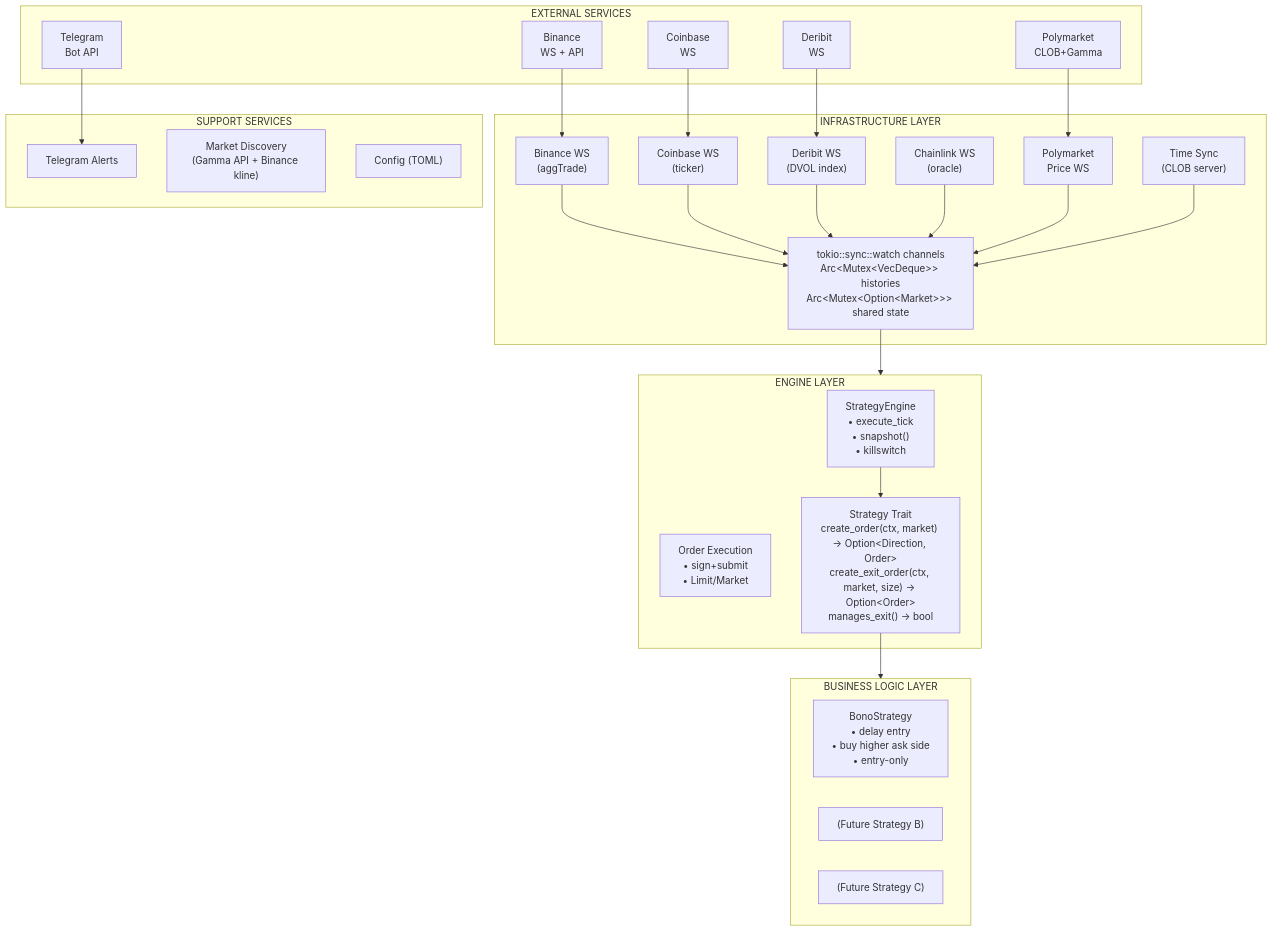
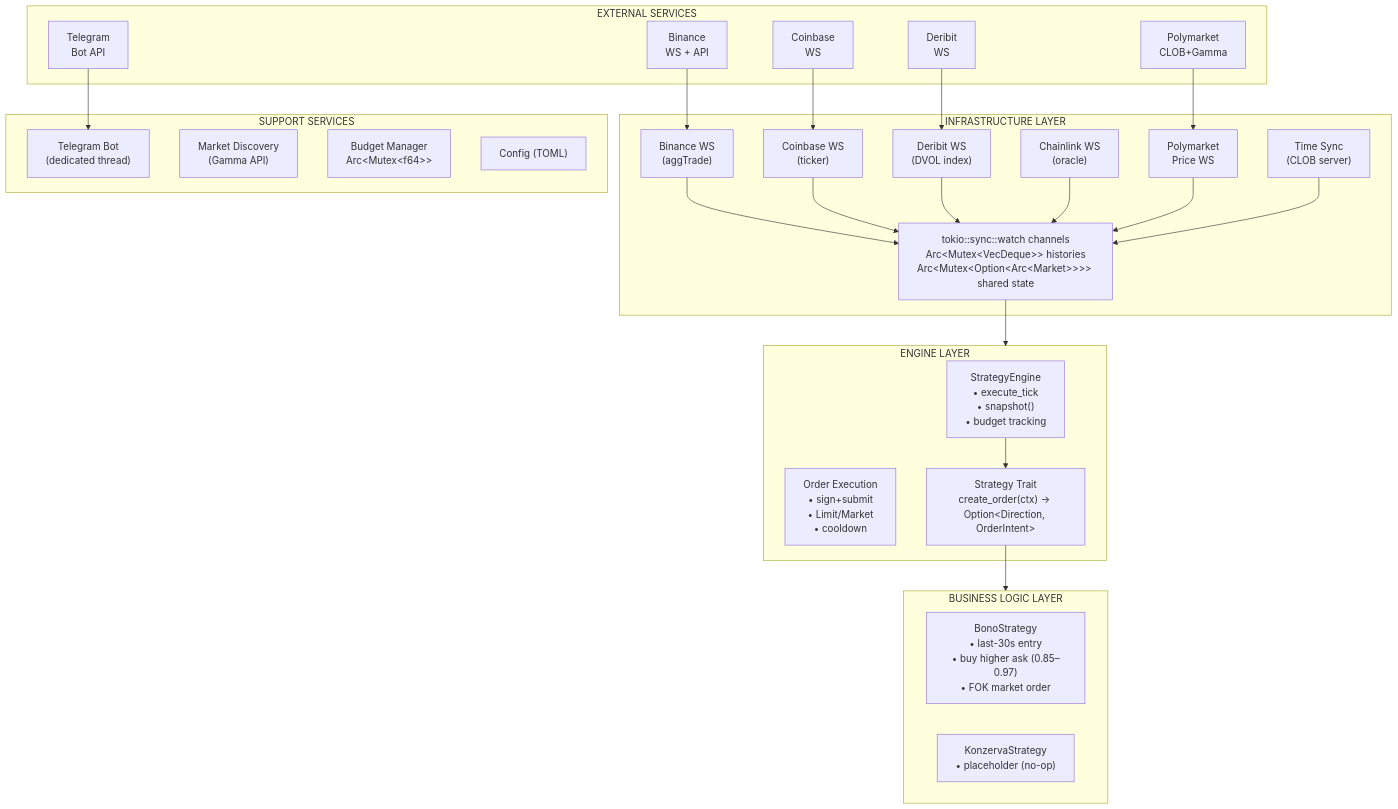
Before and after one commit to bbono/serekes: the first of 3 diagrams in docs/ARCHITECTURE.md, drawn with Mermaid. The commit also changed other lines of this file and 8 other files, not shown here.

````diff
--- a/docs/ARCHITECTURE.md
+++ b/docs/ARCHITECTURE.md
@@ -9,51 +9,51 @@
 ```mermaid
 graph TD
     subgraph INFRA["INFRASTRUCTURE LAYER"]
         BIN_WS["Binance WS<br/>(aggTrade)"]
         CB_WS["Coinbase WS<br/>(ticker)"]
         DER_WS["Deribit WS<br/>(DVOL index)"]
         CL_WS["Chainlink WS<br/>(oracle)"]
         PM_WS["Polymarket<br/>Price WS"]
         SYNC["Time Sync<br/>(CLOB server)"]
-        CHANNELS["tokio::sync::watch channels<br/>Arc&lt;Mutex&lt;VecDeque&gt;&gt; histories<br/>Arc&lt;Mutex&lt;Option&lt;Market&gt;&gt;&gt; shared state"]
+        CHANNELS["tokio::sync::watch channels<br/>Arc&lt;Mutex&lt;VecDeque&gt;&gt; histories<br/>Arc&lt;Mutex&lt;Option&lt;Arc&lt;Market&gt;&gt;&gt;&gt; shared state"]
     end
 
     BIN_WS & CB_WS & DER_WS & CL_WS & PM_WS & SYNC --> CHANNELS
 
     subgraph ENGINE["ENGINE LAYER"]
-        SE["StrategyEngine<br/>• execute_tick<br/>• snapshot()<br/>• killswitch"]
-        OE["Order Execution<br/>• sign+submit<br/>• Limit/Market"]
-        TRAIT["Strategy Trait<br/>create_order(ctx, market) → Option&lt;Direction, Order&gt;<br/>create_exit_order(ctx, market, size) → Option&lt;Order&gt;<br/>manages_exit() → bool"]
+        SE["StrategyEngine<br/>• execute_tick<br/>• snapshot()<br/>• budget tracking"]
+        OE["Order Execution<br/>• sign+submit<br/>• Limit/Market<br/>• cooldown"]
+        TRAIT["Strategy Trait<br/>create_order(ctx) → Option&lt;Direction, OrderIntent&gt;"]
         SE --> TRAIT
     end
 
     CHANNELS --> ENGINE
 
     subgraph BIZ["BUSINESS LOGIC LAYER"]
-        BONO["BonoStrategy<br/>• delay entry<br/>• buy higher ask side<br/>• entry-only"]
-        FUTB["(Future Strategy B)"]
-        FUTC["(Future Strategy C)"]
+        BONO["BonoStrategy<br/>• last-30s entry<br/>• buy higher ask (0.85–0.97)<br/>• FOK market order"]
+        KONZ["KonzervaStrategy<br/>• placeholder (no-op)"]
     end
 
     TRAIT --> BIZ
 
     subgraph SUPPORT["SUPPORT SERVICES"]
-        TG["Telegram Alerts"]
-        MD["Market Discovery<br/>(Gamma API + Binance kline)"]
+        TG["Telegram Bot<br/>(dedicated thread)"]
+        MD["Market Discovery<br/>(Gamma API)"]
+        BUDGET["Budget Manager<br/>Arc&lt;Mutex&lt;f64&gt;&gt;"]
         CFG["Config (TOML)"]
     end
 
     subgraph EXT["EXTERNAL SERVICES"]
         E_BIN["Binance<br/>WS + API"]
         E_CB["Coinbase<br/>WS"]
         E_DER["Deribit<br/>WS"]
         E_PM["Polymarket<br/>CLOB+Gamma"]
         E_TG["Telegram<br/>Bot API"]
     end
 
     E_BIN --> BIN_WS
     E_CB --> CB_WS
     E_DER --> DER_WS
     E_PM --> PM_WS
     E_TG --> TG
 ```
````
